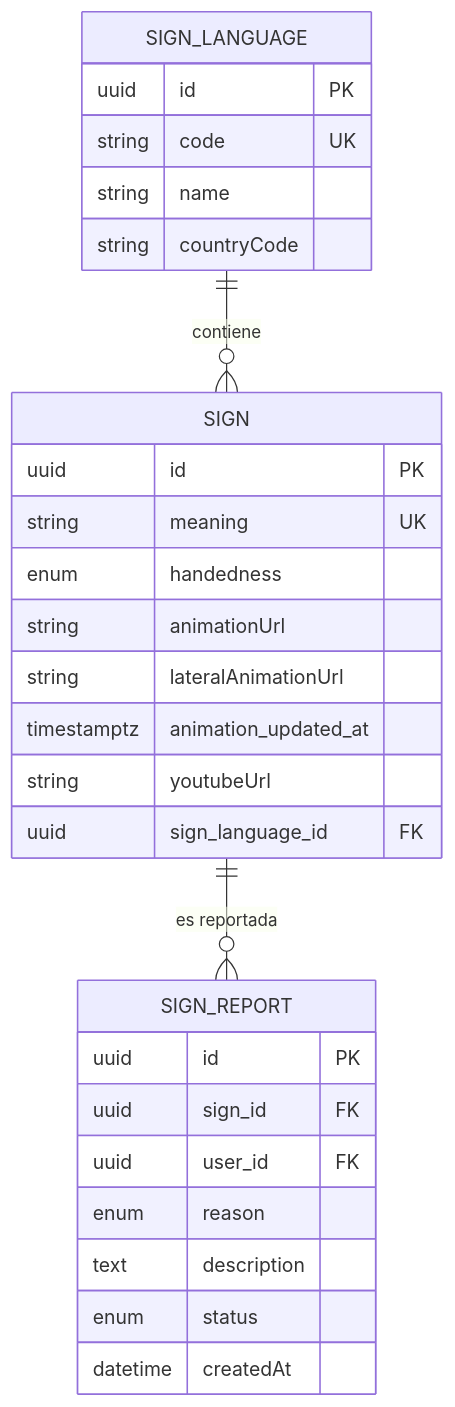
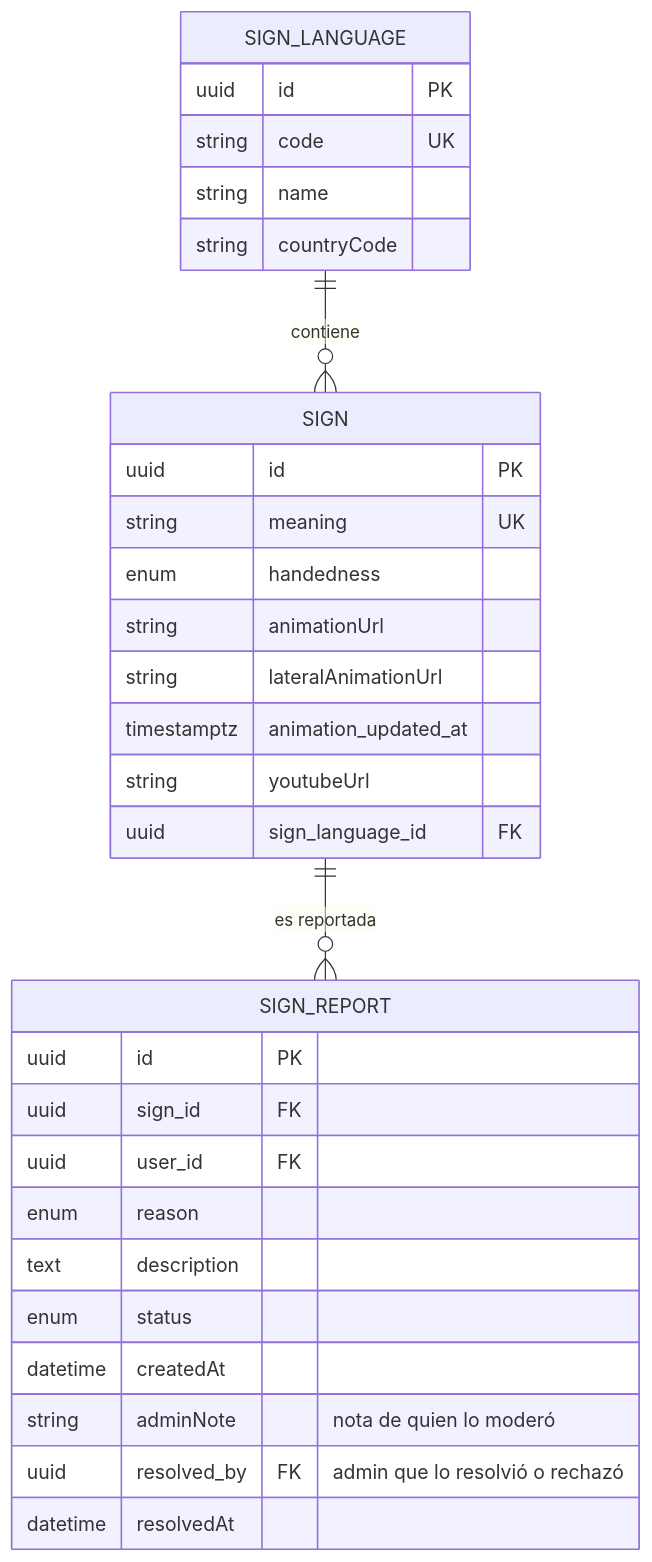
Before and after one commit to signasource/signa-api: the second of 10 diagrams in docs/diagrams/er.md, drawn with Mermaid. The commit also changed other lines of this file and 4 other files, not shown here.

First line of the commit message:
docs: sync CLAUDE.md, README and diagrams with the current code

````diff
--- a/docs/diagrams/er.md
+++ b/docs/diagrams/er.md
@@ -86,31 +120,34 @@
 ```mermaid
 erDiagram
     SIGN_LANGUAGE ||--o{ SIGN : contiene
     SIGN ||--o{ SIGN_REPORT : "es reportada"
 
     SIGN_LANGUAGE {
         uuid id PK
         string code UK
         string name
         string countryCode
     }
     SIGN {
         uuid id PK
         string meaning UK
         enum handedness
         string animationUrl
         string lateralAnimationUrl
         timestamptz animation_updated_at
         string youtubeUrl
         uuid sign_language_id FK
     }
     SIGN_REPORT {
         uuid id PK
         uuid sign_id FK
         uuid user_id FK
         enum reason
         text description
         enum status
         datetime createdAt
+        string adminNote "nota de quien lo moderó"
+        uuid resolved_by FK "admin que lo resolvió o rechazó"
+        datetime resolvedAt
     }
 ```
````
